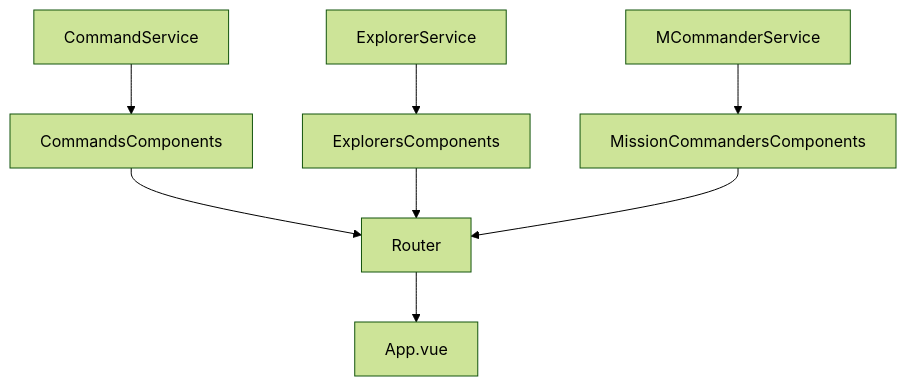
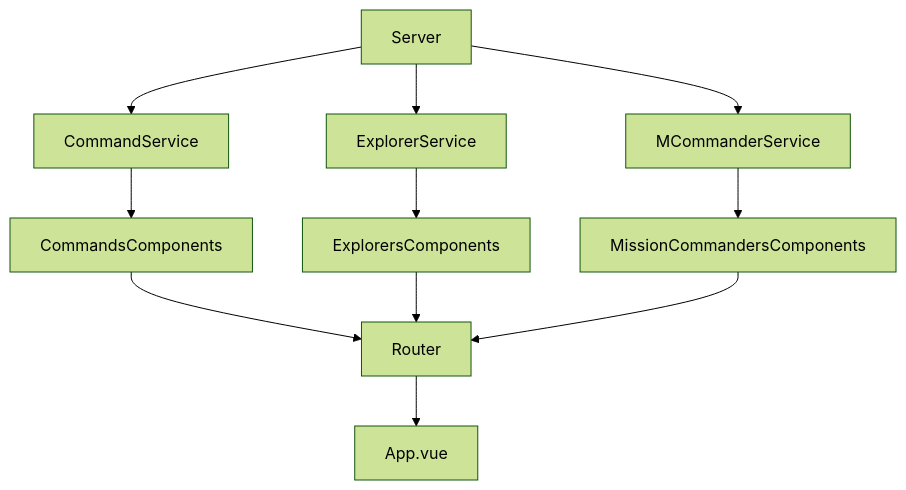
The first of 5 diagrams in README.md (martinGM05/client-launchx), drawn with Mermaid (forest theme) before and after one commit.

Commit message:
README update

````diff
--- a/README.md
+++ b/README.md
@@ -13,10 +13,13 @@
 ```mermaid
 graph TD;
+    Server --> CommandService;
+    Server --> ExplorerService;
+    Server --> MCommanderService;
     CommandService --> CommandsComponents;
     ExplorerService --> ExplorersComponents;
     MCommanderService --> MissionCommandersComponents;
     CommandsComponents --> Router;
     ExplorersComponents --> Router;
     MissionCommandersComponents --> Router;
     Router --> App.vue;
 ```
````
